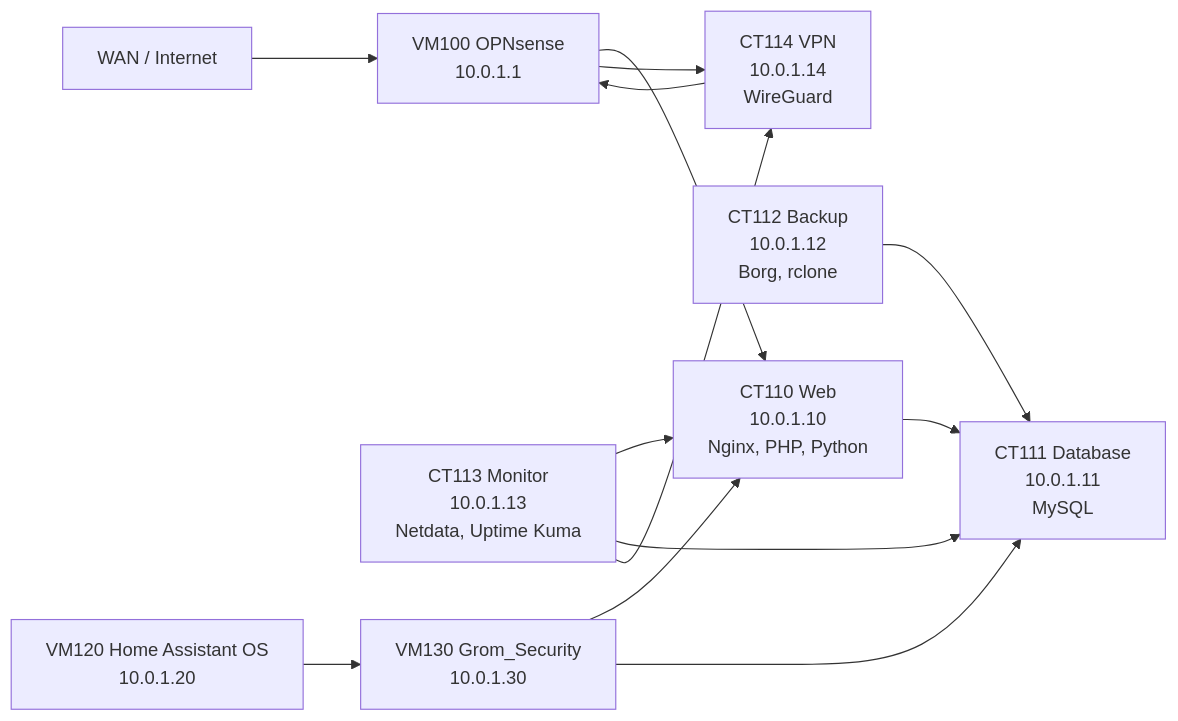
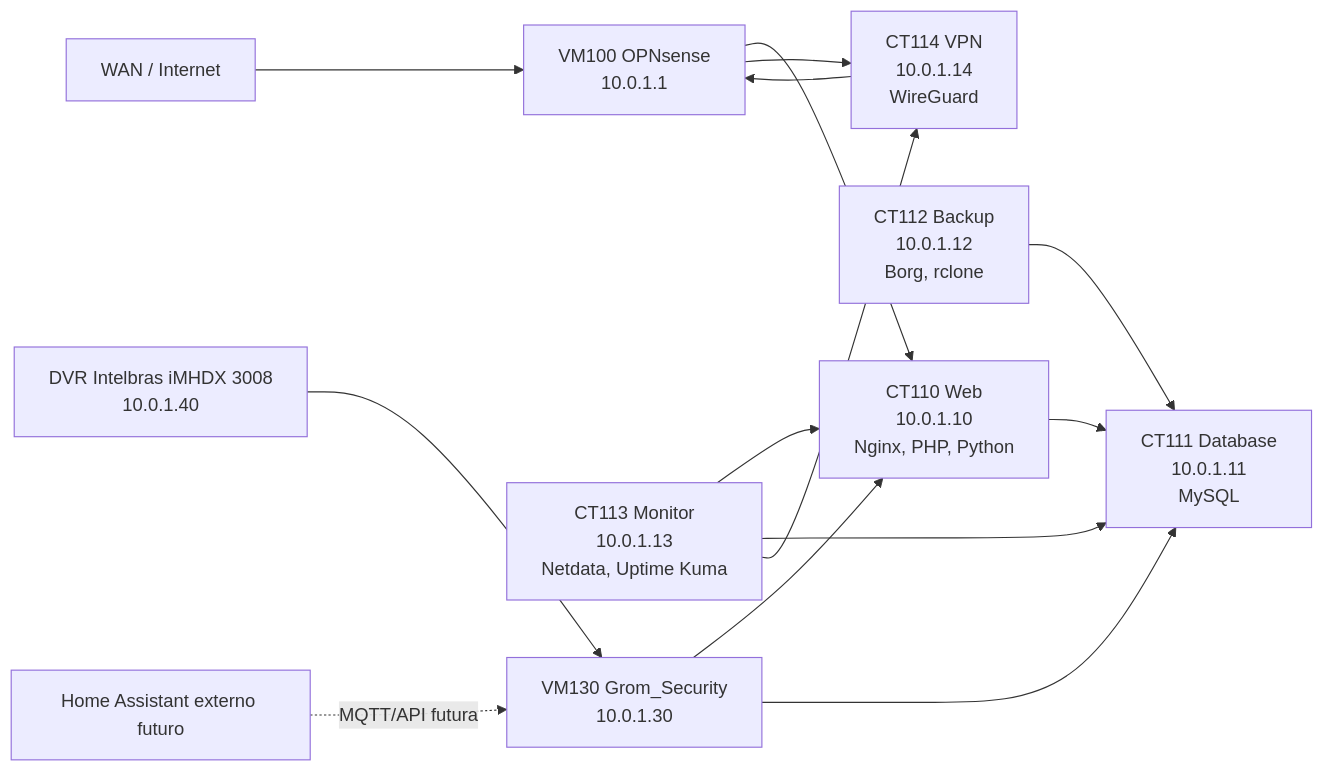
One commit to jagrom-max/Grom_Server changed the second of 6 diagrams in docs/18-DIAGRAMAS-E-MATRIZES.md. Above: the diagram before and after it, drawn with Mermaid. The commit also changed other lines of this file and 31 other files, not shown here.

````diff
--- a/docs/18-DIAGRAMAS-E-MATRIZES.md
+++ b/docs/18-DIAGRAMAS-E-MATRIZES.md
@@ -34,25 +36,27 @@
 ```mermaid
 flowchart LR
     WAN[WAN / Internet]
     OPN[VM100 OPNsense\n10.0.1.1]
     WEB[CT110 Web\n10.0.1.10\nNginx, PHP, Python]
     DB[CT111 Database\n10.0.1.11\nMySQL]
     BAK[CT112 Backup\n10.0.1.12\nBorg, rclone]
     MON[CT113 Monitor\n10.0.1.13\nNetdata, Uptime Kuma]
     VPN[CT114 VPN\n10.0.1.14\nWireGuard]
-    HA[VM120 Home Assistant OS\n10.0.1.20]
     SEC[VM130 Grom_Security\n10.0.1.30]
+    DVR[DVR Intelbras iMHDX 3008\n10.0.1.40]
+    HA[Home Assistant externo futuro]
 
     WAN --> OPN
     OPN --> WEB
     OPN --> VPN
     WEB --> DB
     BAK --> DB
     MON --> WEB
     MON --> DB
     MON --> VPN
-    HA --> SEC
+    DVR --> SEC
+    HA -. MQTT/API futura .-> SEC
     SEC --> WEB
     SEC --> DB
     VPN --> OPN
 ```
````
